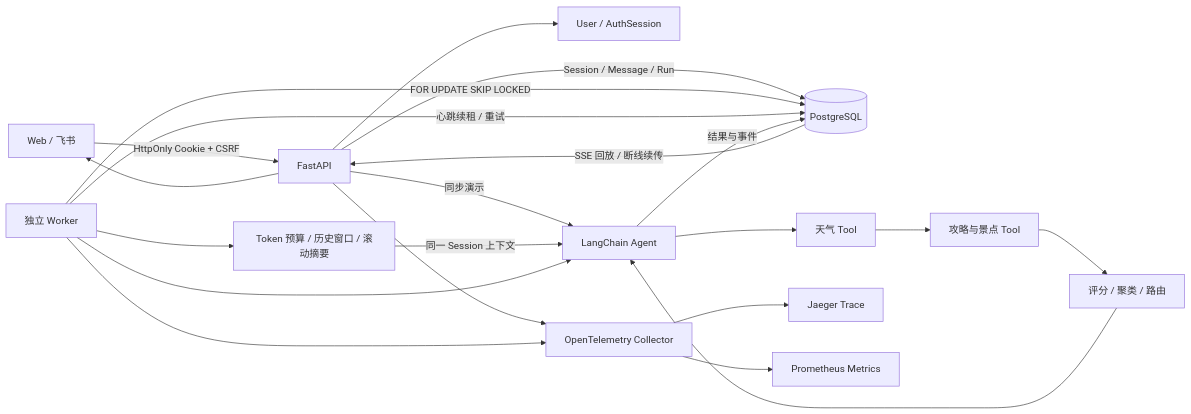
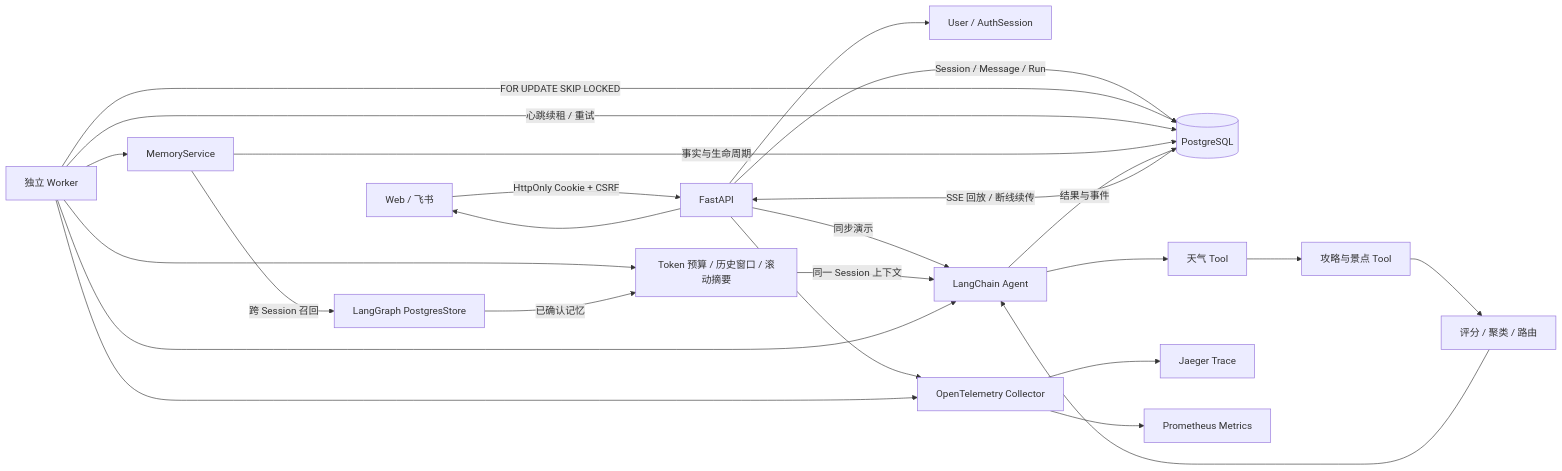
One commit to Ludewiki/diy_agent changed the diagram in README.md. Above: the diagram before and after it, drawn with Mermaid. The commit also changed other lines of this file and 25 other files, not shown here.

Commit message:
feat: add governed cross-session long-term memory

````diff
--- a/README.md
+++ b/README.md
@@ -9,23 +9,27 @@
 ```mermaid
 flowchart LR
     U[Web / 飞书] -->|HttpOnly Cookie + CSRF| API[FastAPI]
     API --> AUTH[User / AuthSession]
     API -->|Session / Message / Run| PG[(PostgreSQL)]
     API -->|同步演示| AGENT[LangChain Agent]
     WORKER[独立 Worker] -->|FOR UPDATE SKIP LOCKED| PG
     WORKER -->|心跳续租 / 重试| PG
     WORKER --> CONTEXT[Token 预算 / 历史窗口 / 滚动摘要]
+    WORKER --> MEMORY[MemoryService]
+    MEMORY -->|事实与生命周期| PG
+    MEMORY -->|跨 Session 召回| LGSTORE[LangGraph PostgresStore]
     CONTEXT -->|同一 Session 上下文| AGENT
+    LGSTORE -->|已确认记忆| CONTEXT
     WORKER --> AGENT
     AGENT --> WEATHER[天气 Tool]
     WEATHER --> GUIDE[攻略与景点 Tool]
     GUIDE --> ROUTE[评分 / 聚类 / 路由]
     ROUTE --> AGENT
     AGENT -->|结果与事件| PG
     PG -->|SSE 回放 / 断线续传| API
     API --> U
     API --> OTEL[OpenTelemetry Collector]
     WORKER --> OTEL
     OTEL --> JAEGER[Jaeger Trace]
     OTEL --> PROM[Prometheus Metrics]
 ```
````
